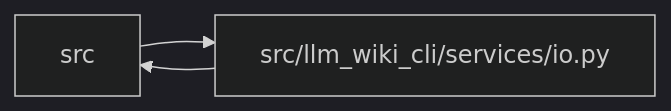
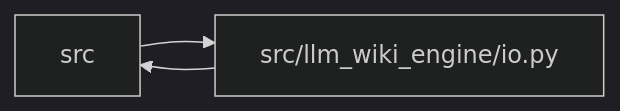
The diagram in docs/llm_wiki/modules/io.md (Denissvgn/python-wiki-llm), drawn with Mermaid (dark theme) before and after one commit. The commit also changed other lines of this file and 739 other files, not shown here.

First line of the commit message:
docs: refresh the wiki for the second engine batch

````diff
--- a/docs/llm_wiki/modules/io.md
+++ b/docs/llm_wiki/modules/io.md
@@ -36,8 +36,8 @@
 ```mermaid
 flowchart LR
     n0["src"]
-    n1["src/llm_wiki_cli/services/io.py"]
+    n1["src/llm_wiki_engine/io.py"]
     n0 --> n1
     n1 --> n0
     click n1 "../modules/io.md"
 ```
````
